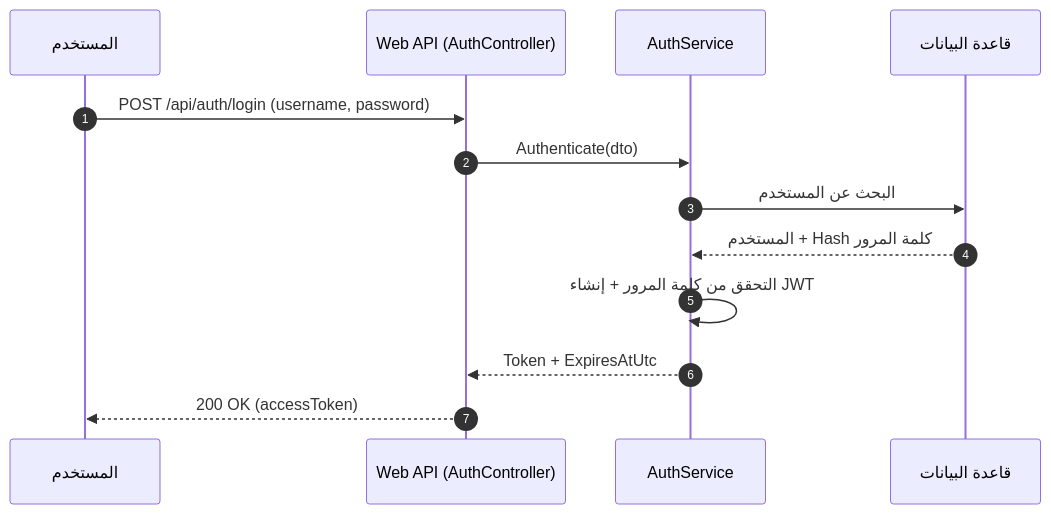
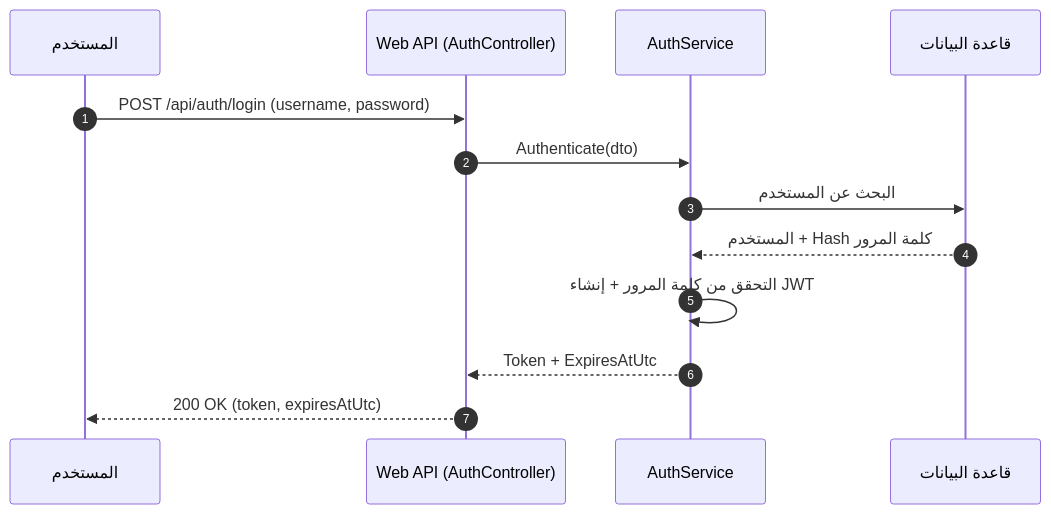
One commit to AnasAlShmiri/CarRental changed the fourth of 5 diagrams in docs/uml_diagrams.md. Above: the diagram before and after it, drawn with Mermaid. The commit also changed 64 other files, not shown here.

````diff
--- a/docs/uml_diagrams.md
+++ b/docs/uml_diagrams.md
@@ -79,15 +79,15 @@
 ```mermaid
 sequenceDiagram
     autonumber
     participant C as المستخدم
     participant API as Web API (AuthController)
     participant SVC as AuthService
     participant DB as قاعدة البيانات
     C->>API: POST /api/auth/login (username, password)
     API->>SVC: Authenticate(dto)
     SVC->>DB: البحث عن المستخدم
     DB-->>SVC: المستخدم + Hash كلمة المرور
     SVC->>SVC: التحقق من كلمة المرور + إنشاء JWT
     SVC-->>API: Token + ExpiresAtUtc
-    API-->>C: 200 OK (accessToken)
+    API-->>C: 200 OK (token, expiresAtUtc)
 ```
````
